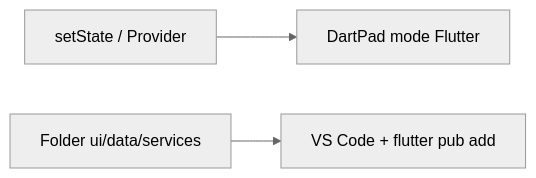
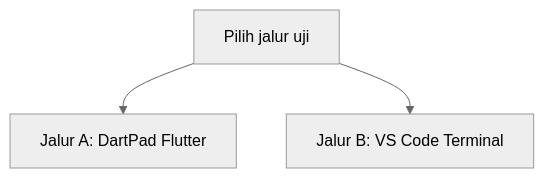
Before and after one commit to antonprafanto/mobile2026: the first of 5 diagrams in modul-04-state/README.md, drawn with Mermaid (neutral theme). The commit also changed other lines of this file and 2 other files, not shown here.

Commit message:
Crop the Modul 04 folder illustration so GitHub no longer shows a tall broken-looking white box.

````diff
--- a/modul-04-state/README.md
+++ b/modul-04-state/README.md
@@ -18,5 +18,6 @@
 ```mermaid
-flowchart LR
-  A["setState / Provider"] --> B["DartPad mode Flutter"]
-  C["Folder ui/data/services"] --> D["VS Code + flutter pub add"]
+flowchart TB
+  Pilih["Pilih jalur uji"]
+  Pilih --> A["Jalur A: DartPad Flutter"]
+  Pilih --> B["Jalur B: VS Code Terminal"]
 ```
````
